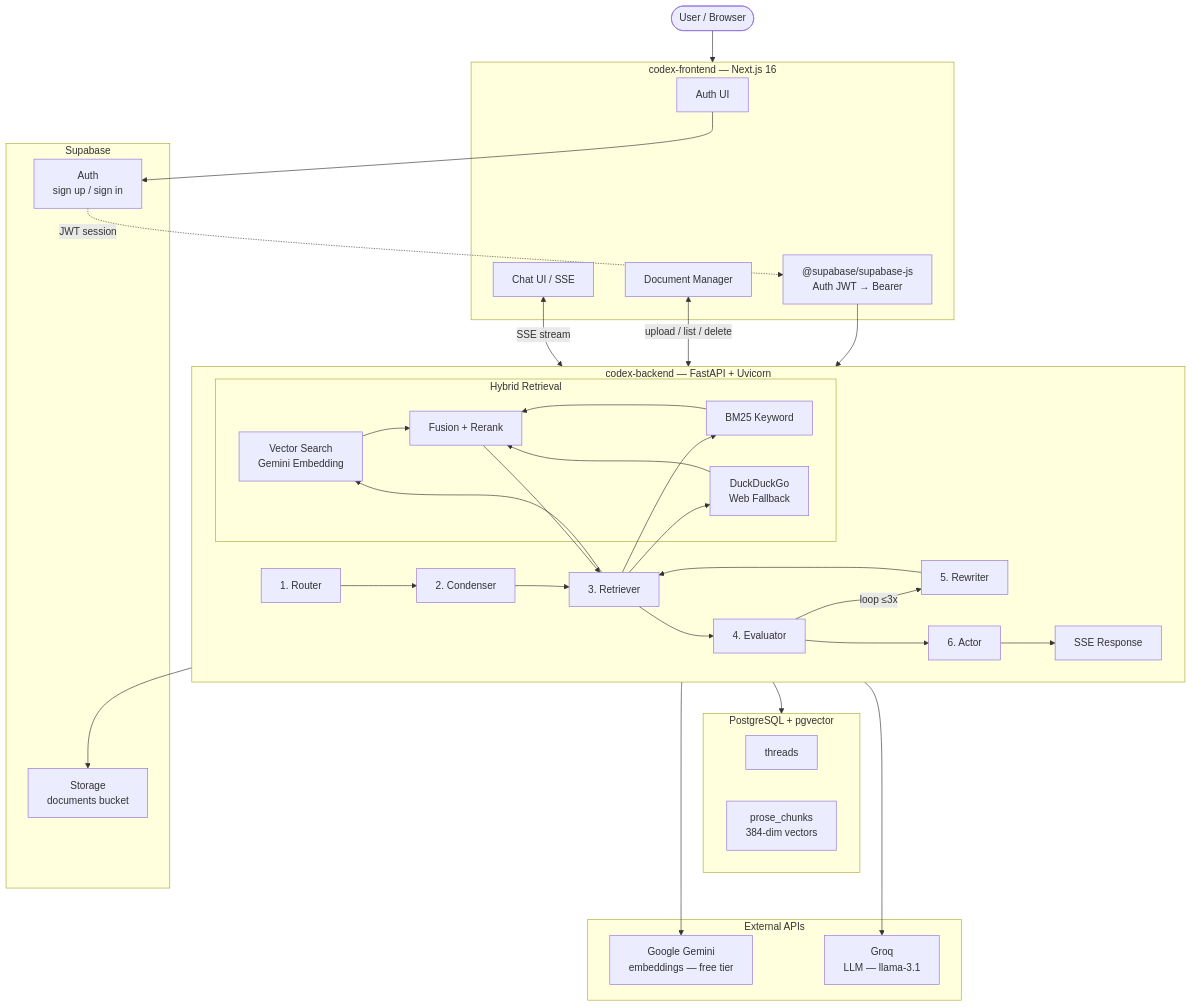
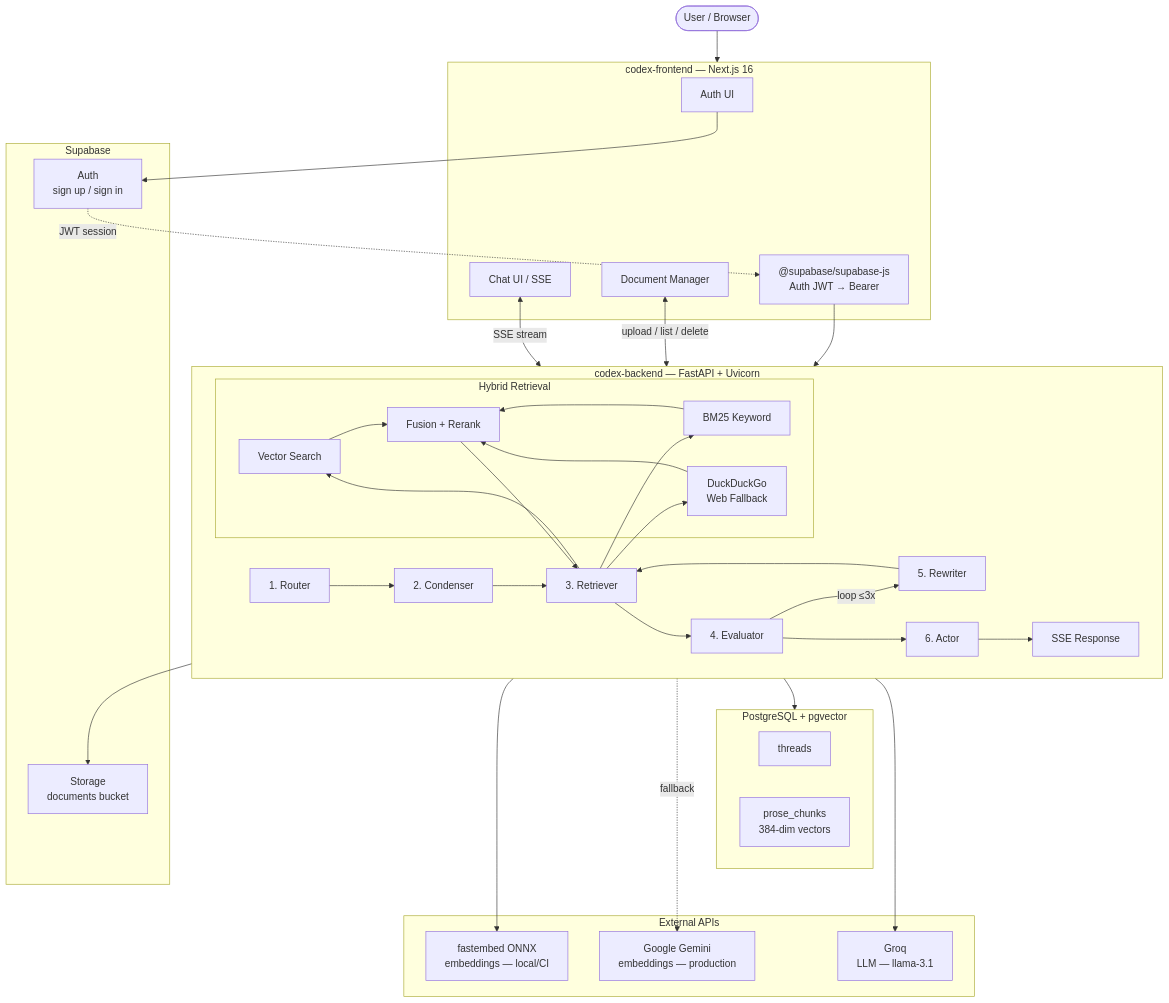
Before and after one commit to anmolsharma152/CodexEngine: the diagram in README.md, drawn with Mermaid. The commit also changed other lines of this file and 6 other files, not shown here.

````diff
--- a/README.md
+++ b/README.md
@@ -7,61 +7,63 @@
 ```mermaid
 flowchart TD
     User([User / Browser])
 
     subgraph Frontend [codex-frontend — Next.js 16]
         AuthUI[Auth UI]
         ChatUI[Chat UI / SSE]
         DocMgr[Document Manager]
         SupaSDK["@supabase/supabase-js<br>Auth JWT → Bearer"]
     end
 
     subgraph Supabase [Supabase]
         SA[Auth<br>sign up / sign in]
         SB[Storage<br>documents bucket]
     end
 
     subgraph Backend [codex-backend — FastAPI + Uvicorn]
         direction LR
         R[1. Router] --> C[2. Condenser] --> Ret[3. Retriever]
         Ret --> E[4. Evaluator]
         E -->|loop ≤3x| RW[5. Rewriter]
         RW --> Ret
         E --> A[6. Actor]
         A --> Resp[SSE Response]
 
         subgraph Retrieval [Hybrid Retrieval]
-            VEC[Vector Search<br>Gemini Embedding]
+            VEC[Vector Search]
             BM[BM25 Keyword]
             WEB[DuckDuckGo<br>Web Fallback]
             Fuse[Fusion + Rerank]
         end
     end
 
     subgraph DB [PostgreSQL + pgvector]
         Threads[threads]
         Chunks[prose_chunks<br>384-dim vectors]
     end
 
     subgraph External [External APIs]
         Groq[Groq<br>LLM — llama-3.1]
-        Gemini[Google Gemini<br>embeddings — free tier]
+        Gemini[Google Gemini<br>embeddings — production]
+        FastEmbed[fastembed ONNX<br>embeddings — local/CI]
     end
 
     User --> Frontend
     AuthUI --> SA
     SA -.->|JWT session| SupaSDK
     SupaSDK --> Backend
     ChatUI <-->|SSE stream| Backend
     DocMgr <-->|upload / list / delete| Backend
 
     Backend --> SB
     Backend --> DB
     Ret --> VEC
     Ret --> BM
     Ret --> WEB
     VEC & BM & WEB --> Fuse
     Fuse --> Ret
 
-    VEC ---> Gemini
+    VEC ---> FastEmbed
+    VEC -.->|fallback| Gemini
     Backend ---> Groq
 ```
````
